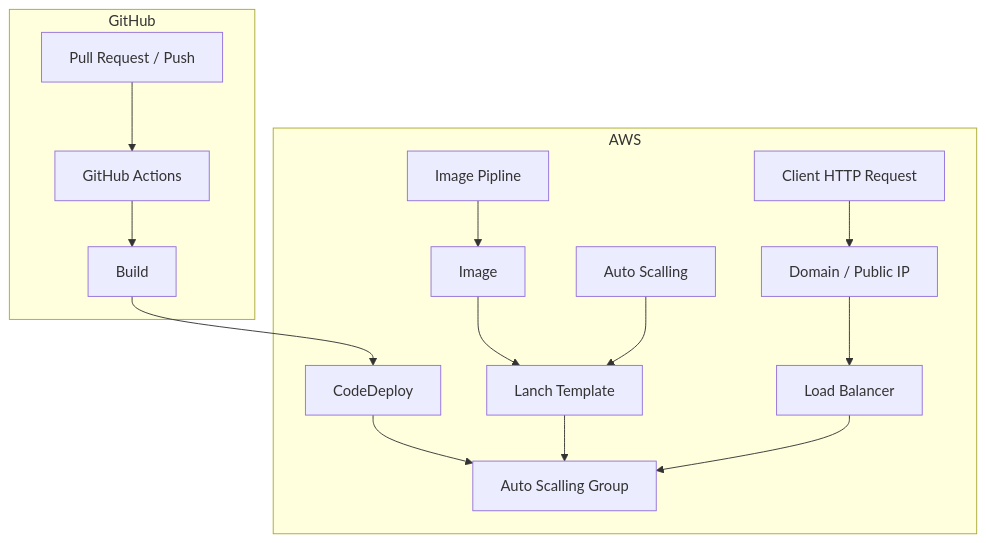
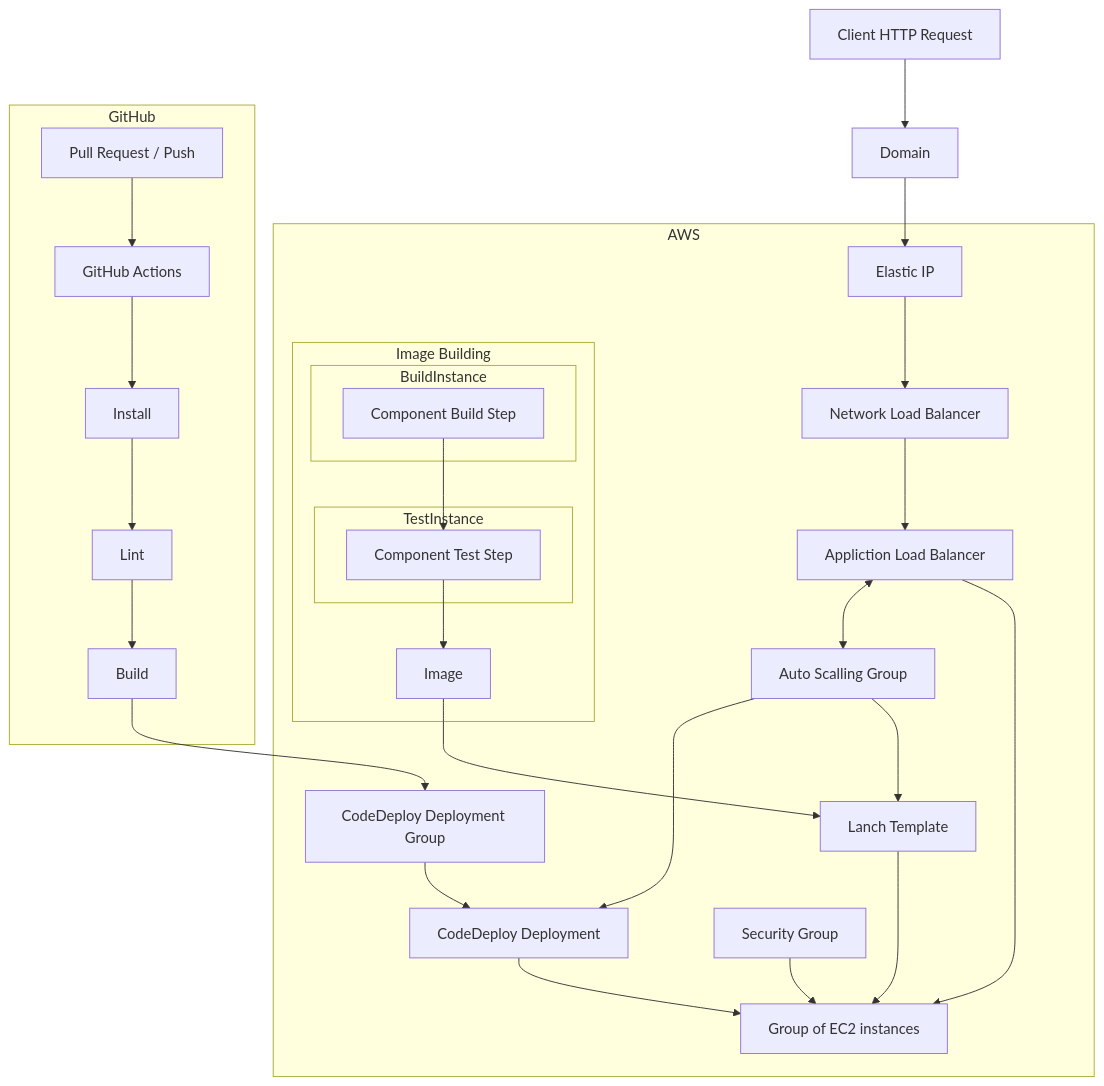
The second of 3 diagrams in README.md (omer-priel/madabclick), drawn with Mermaid before and after one commit. The commit also changed other lines of this file, not shown here.

````diff
--- a/README.md
+++ b/README.md
@@ -30,15 +29,31 @@
 ```mermaid
-flowchart TD
-    subgraph GitHub
-        PR[Pull Request / Push] --> GA[GitHub Actions] --> Build 
+flowchart TB
+  subgraph GitHub
+    PR[Pull Request / Push] --> GA[GitHub Actions] --> GInstall[Install] --> GLint[Lint] --> GBuild[Build] 
+  end
+
+  ClientRequest[Client HTTP Request] --> Domain --> EIP
+
+  subgraph AWS
+    subgraph Image Building
+      subgraph BuildInstance
+        ImageComponentBuild[Component Build Step]
+      end
+      subgraph TestInstance
+        ImageComponentTest[Component Test Step]
+      end
+      ImageComponentBuild --> ImageComponentTest --> Image
     end
 
-    subgraph AWS
-        CodeDeploy --> ASG[Auto Scalling Group]
-        IP[Image Pipline] --> Image --> LT[Lanch Template]
-        AS[Auto Scalling] --> LT --> ASG
-        CHR[Client HTTP Request] --> Domain[Domain / Public IP] --> LB[Load Balancer] --> ASG
-    end
+    CodeDeploy[CodeDeploy Deployment Group] --> Deployment[CodeDeploy Deployment] --> EC2[Group of EC2 instances]
+    Image --> LT[Lanch Template]
+    ASG[Auto Scalling Group] --> LT ---> EC2
+    ASG --> Deployment
+    EIP[Elastic IP] --> NLB[Network Load Balancer]
+    NLB --> ALB[Appliction Load Balancer] --> EC2
+    ALB <--> ASG
+    SG[Security Group] --> EC2
+  end
     
-    Build --> CodeDeploy
+  GBuild --> CodeDeploy
 ```
````
